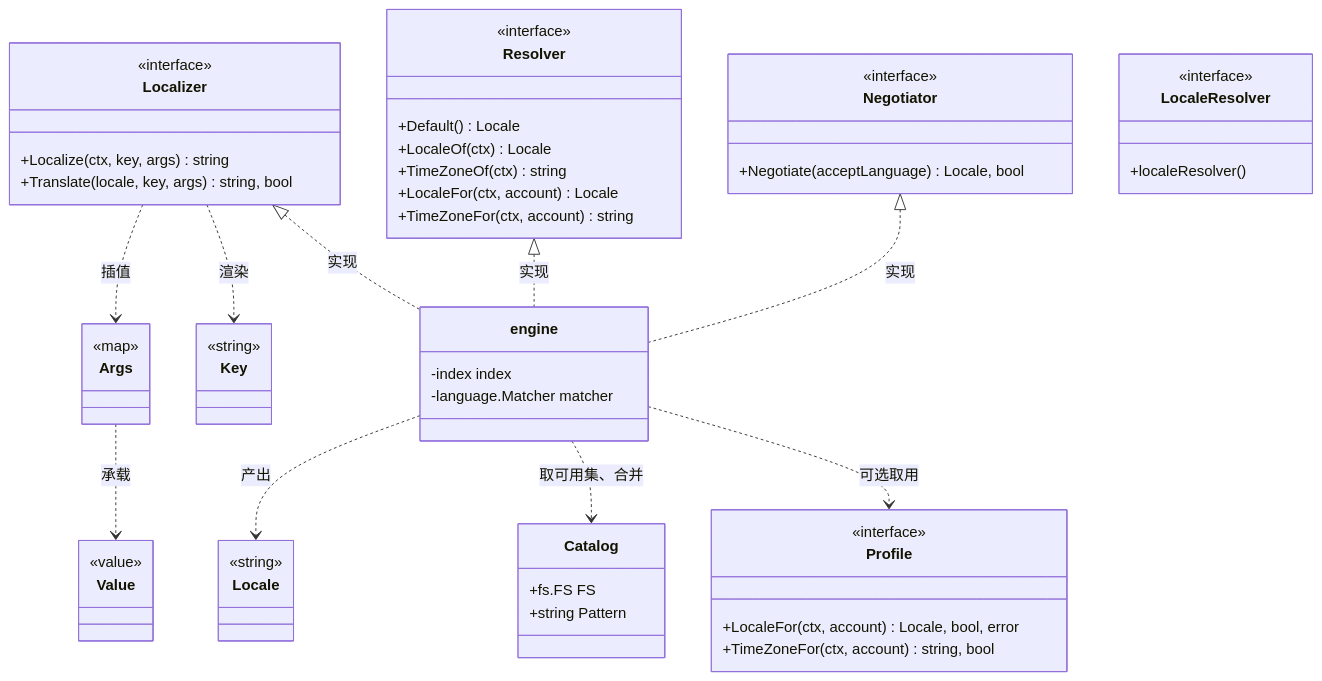
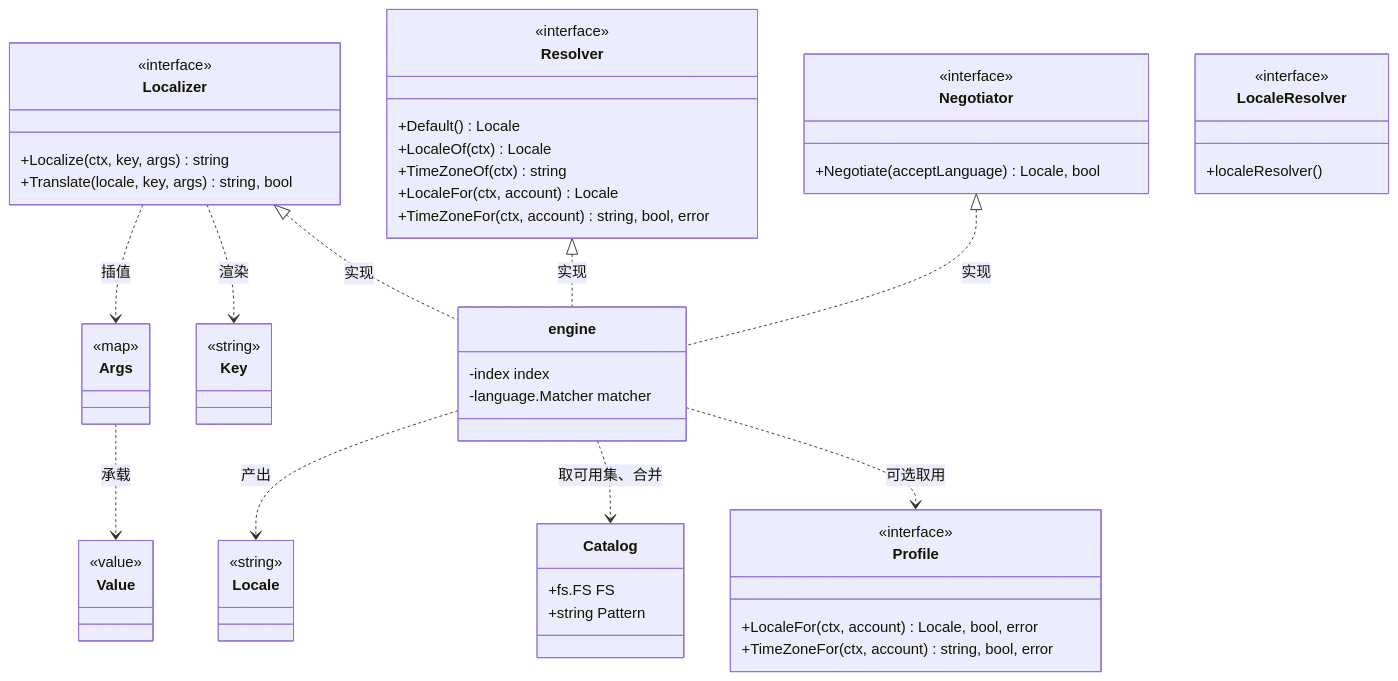
Before and after one commit to wangzw/speed: the first of 2 diagrams in docs/design/modules/design-i18n.md, drawn with Mermaid. The commit also changed other lines of this file and 43 other files, not shown here.

````diff
--- a/docs/design/modules/design-i18n.md
+++ b/docs/design/modules/design-i18n.md
@@ -237,59 +242,59 @@
 ```mermaid
 classDiagram
     class Locale {
         <<string>>
     }
     class Key {
         <<string>>
     }
     class Args {
         <<map>>
     }
     class Value {
         <<value>>
     }
     class Localizer {
         <<interface>>
         +Localize(ctx, key, args) string
         +Translate(locale, key, args) string, bool
     }
     class Negotiator {
         <<interface>>
         +Negotiate(acceptLanguage) Locale, bool
     }
     class Resolver {
         <<interface>>
         +Default() Locale
         +LocaleOf(ctx) Locale
         +TimeZoneOf(ctx) string
         +LocaleFor(ctx, account) Locale
-        +TimeZoneFor(ctx, account) string
+        +TimeZoneFor(ctx, account) string, bool, error
     }
     class Profile {
         <<interface>>
         +LocaleFor(ctx, account) Locale, bool, error
-        +TimeZoneFor(ctx, account) string, bool
+        +TimeZoneFor(ctx, account) string, bool, error
     }
     class Catalog {
         +fs.FS FS
         +string Pattern
     }
     class LocaleResolver {
         <<interface>>
         +localeResolver()
     }
     class engine {
         -index index
         -language.Matcher matcher
     }
 
     Localizer <|.. engine : 实现
     Negotiator <|.. engine : 实现
     Resolver <|.. engine : 实现
     engine ..> Profile : 可选取用
     engine ..> Catalog : 取可用集、合并
     engine ..> Locale : 产出
     Localizer ..> Key : 渲染
     Localizer ..> Args : 插值
     Args ..> Value : 承载
 ```
````
